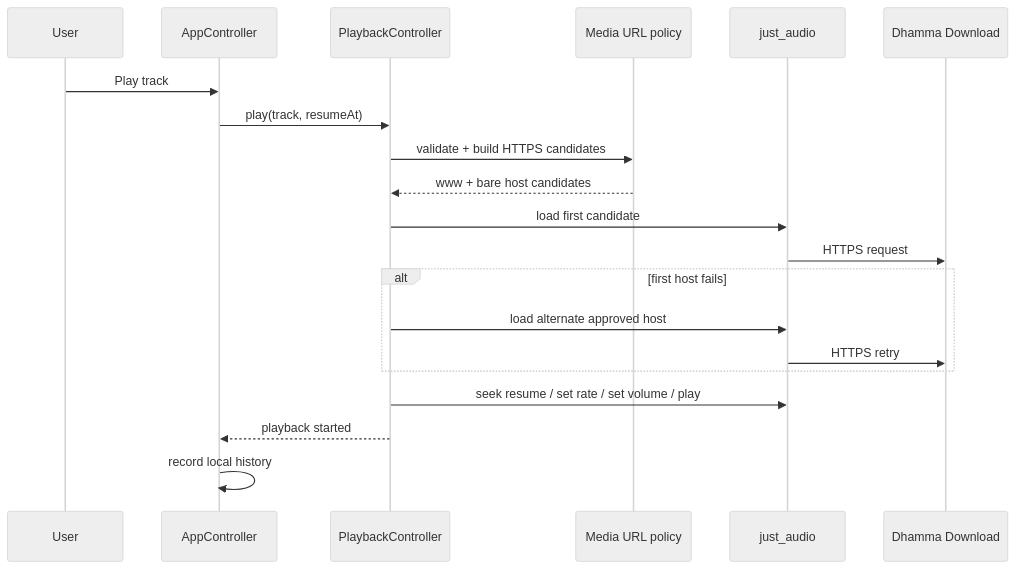
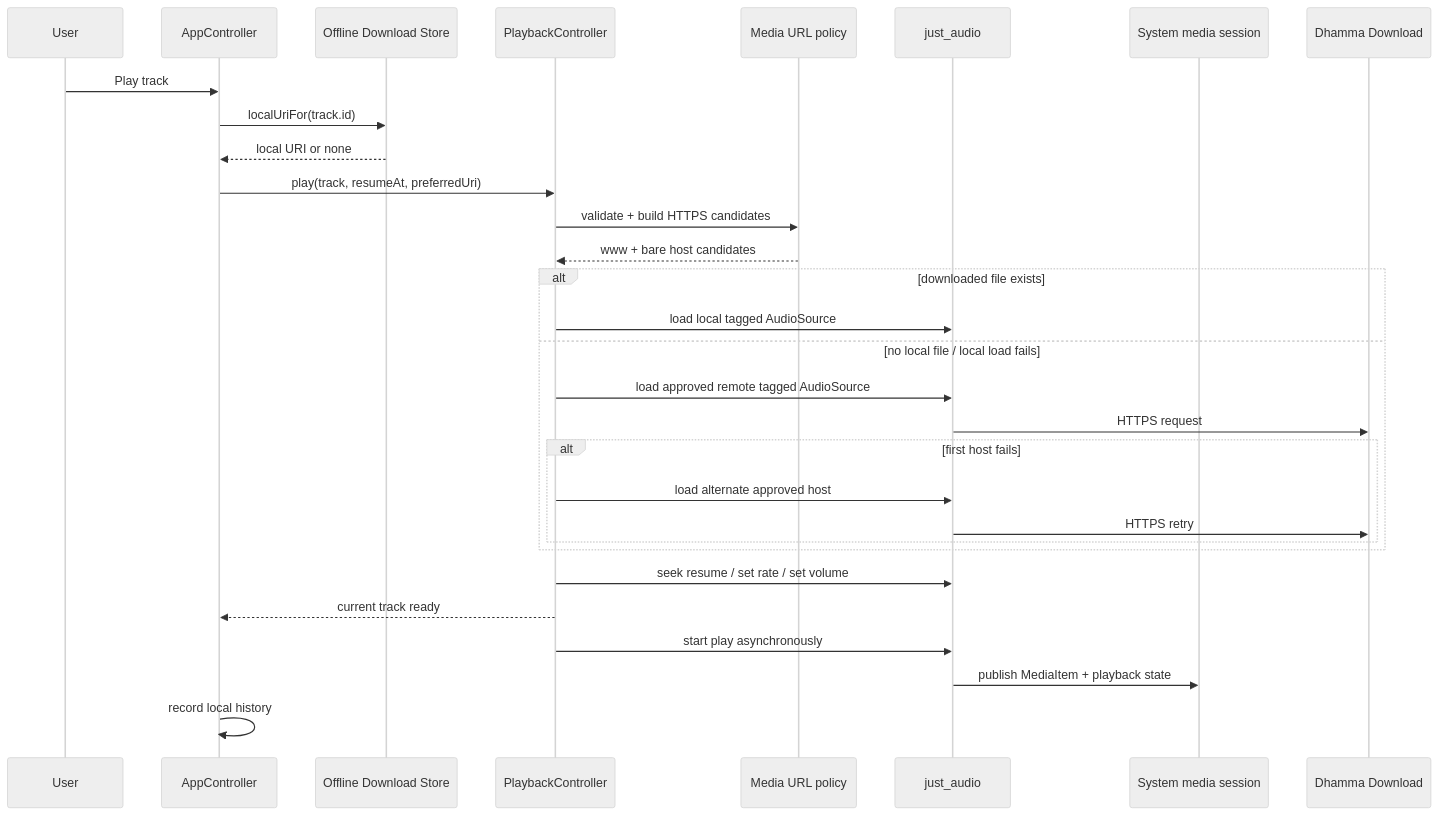
Before and after one commit to AungMyoKyaw/dhamma-echo-flutter-mobile: the diagram in docs/architecture/playback-sequence.md, drawn with Mermaid (neutral theme). The commit also changed other lines of this file and 11 other files, not shown here.

Commit message:
docs: document background and offline playback

````diff
--- a/docs/architecture/playback-sequence.md
+++ b/docs/architecture/playback-sequence.md
@@ -3,23 +3,33 @@
 ```mermaid
 sequenceDiagram
     participant U as User
     participant A as AppController
+    participant O as Offline Download Store
     participant P as PlaybackController
     participant H as Media URL policy
     participant J as just_audio
+    participant S as System media session
     participant D as Dhamma Download
 
     U->>A: Play track
-    A->>P: play(track, resumeAt)
+    A->>O: localUriFor(track.id)
+    O-->>A: local URI or none
+    A->>P: play(track, resumeAt, preferredUri)
     P->>H: validate + build HTTPS candidates
     H-->>P: www + bare host candidates
-    P->>J: load first candidate
-    J->>D: HTTPS request
-    alt first host fails
-      P->>J: load alternate approved host
-      J->>D: HTTPS retry
+    alt downloaded file exists
+      P->>J: load local tagged AudioSource
+    else no local file / local load fails
+      P->>J: load approved remote tagged AudioSource
+      J->>D: HTTPS request
+      alt first host fails
+        P->>J: load alternate approved host
+        J->>D: HTTPS retry
+      end
     end
-    P->>J: seek resume / set rate / set volume / play
-    P-->>A: playback started
+    P->>J: seek resume / set rate / set volume
+    P-->>A: current track ready
+    P->>J: start play asynchronously
+    J->>S: publish MediaItem + playback state
     A->>A: record local history
 ```
````
